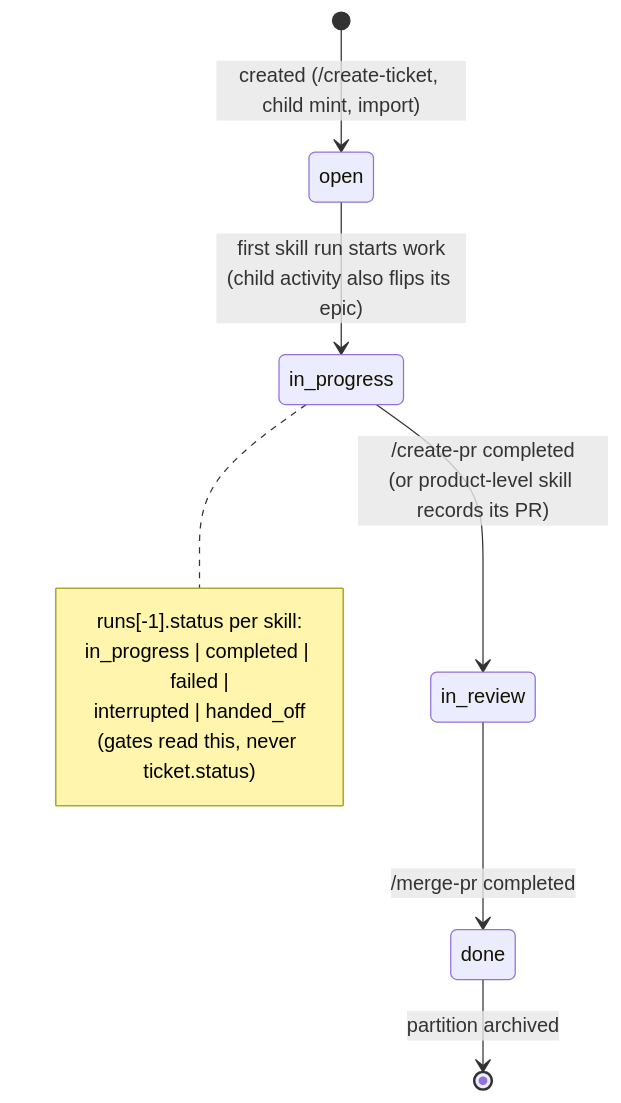
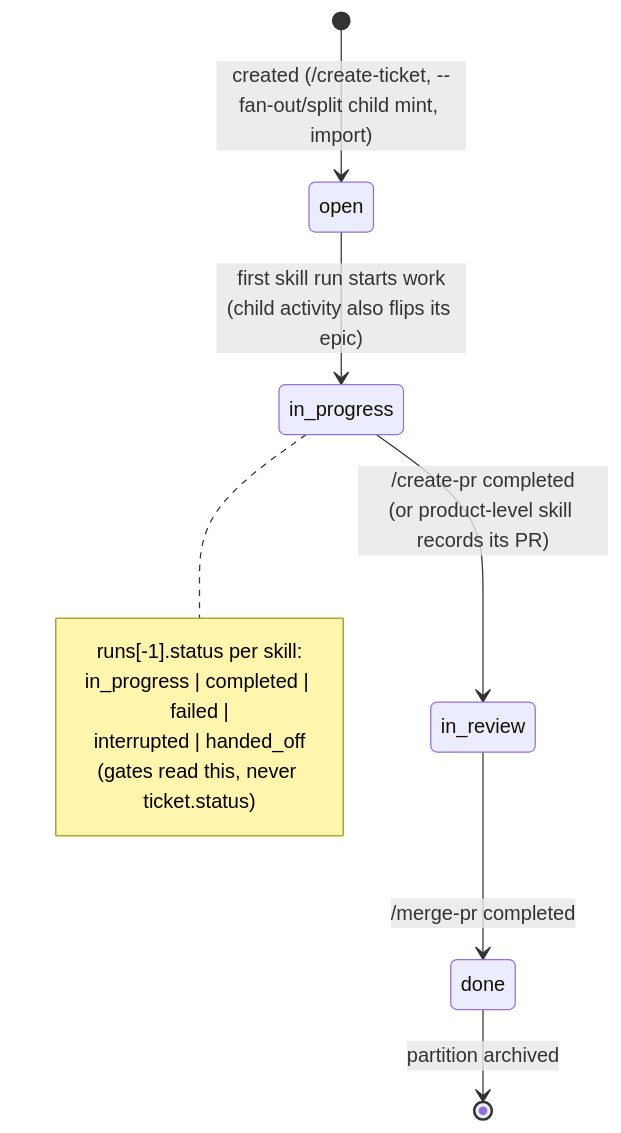
The first of 2 diagrams in docs/architecture/lld/flows/ticket-lifecycle.md (globalmindsolution/gms-marketplace), drawn with Mermaid before and after one commit. The commit also changed other lines of this file and 19 other files, not shown here.

Commit message:
[MAR-78] Epic fan-out moves to /acs:create-ticket --fan-out, run after create-design (slice 8) (#367)

````diff
--- a/docs/architecture/lld/flows/ticket-lifecycle.md
+++ b/docs/architecture/lld/flows/ticket-lifecycle.md
@@ -5,15 +5,15 @@
 ```mermaid
 stateDiagram-v2
-    [*] --> open: created (/create-ticket, child mint, import)
+    [*] --> open: created (/create-ticket, --fan-out/split child mint, import)
     open --> in_progress: first skill run starts work<br/>(child activity also flips its epic)
     in_progress --> in_review: /create-pr completed<br/>(or product-level skill records its PR)
     in_review --> done: /merge-pr completed
     done --> [*]: partition archived
 
     note right of in_progress
         runs[-1].status per skill:
         in_progress | completed | failed |
         interrupted | handed_off
         (gates read this, never ticket.status)
     end note
 ```
````
